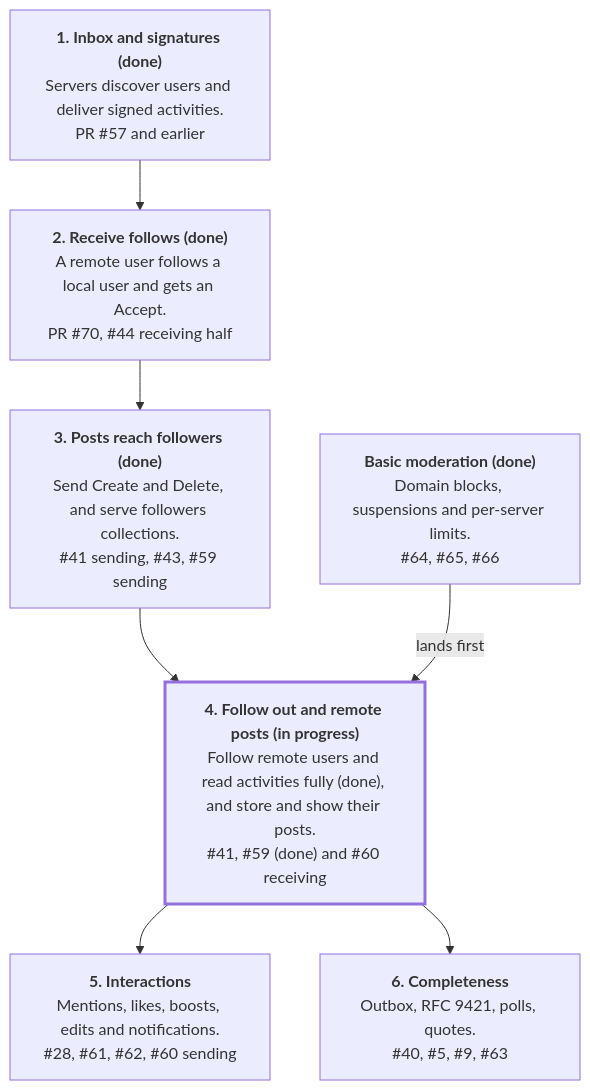
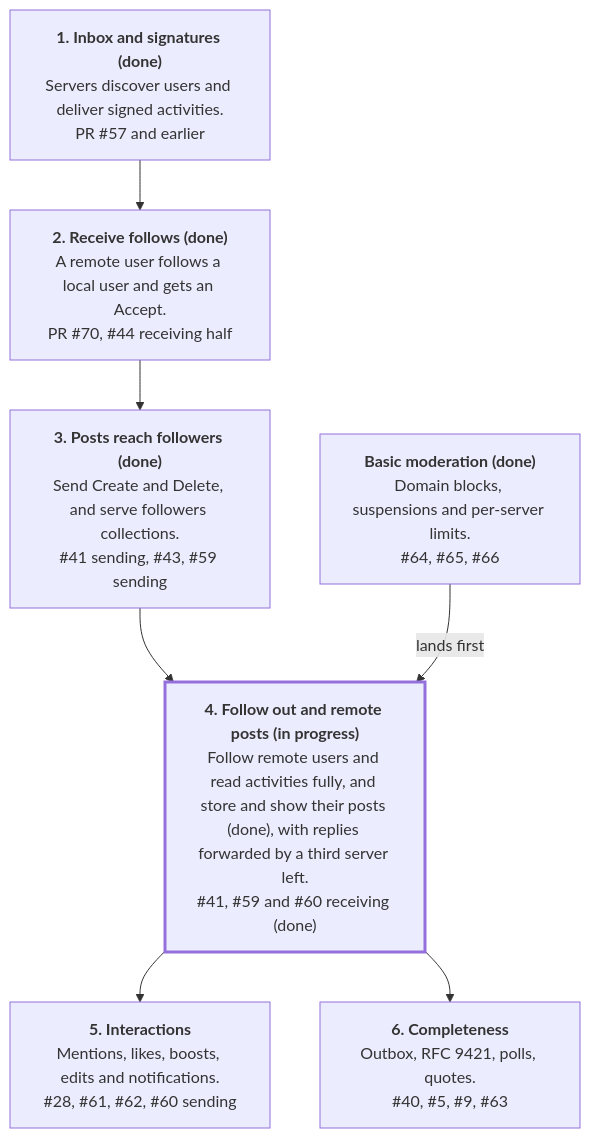
The diagram in docs/federation-plan.md (normikoto/elysium), drawn with Mermaid before and after one commit. The commit also changed other lines of this file and 22 other files, not shown here.

````diff
--- a/docs/federation-plan.md
+++ b/docs/federation-plan.md
@@ -25,16 +25,16 @@
 ```mermaid
 flowchart TD
     m1["<b>1. Inbox and signatures (done)</b><br/>Servers discover users and deliver signed activities.<br/>PR #57 and earlier"]
     m2["<b>2. Receive follows (done)</b><br/>A remote user follows a local user and gets an Accept.<br/>PR #70, #44 receiving half"]
     m3["<b>3. Posts reach followers (done)</b><br/>Send Create and Delete, and serve followers collections.<br/>#41 sending, #43, #59 sending"]
-    m4["<b>4. Follow out and remote posts (in progress)</b><br/>Follow remote users and read activities fully (done), and store and show their posts.<br/>#41, #59 (done) and #60 receiving"]
+    m4["<b>4. Follow out and remote posts (in progress)</b><br/>Follow remote users and read activities fully, and store and show their posts (done), with replies forwarded by a third server left.<br/>#41, #59 and #60 receiving (done)"]
     m5["<b>5. Interactions</b><br/>Mentions, likes, boosts, edits and notifications.<br/>#28, #61, #62, #60 sending"]
     mod["<b>Basic moderation (done)</b><br/>Domain blocks, suspensions and per-server limits.<br/>#64, #65, #66"]
     m6["<b>6. Completeness</b><br/>Outbox, RFC 9421, polls, quotes.<br/>#40, #5, #9, #63"]
 
     m1 --> m2 --> m3 --> m4 --> m5
     mod -- lands first --> m4
     m4 --> m6
 
     style m4 stroke-width:3px
 ```
````
